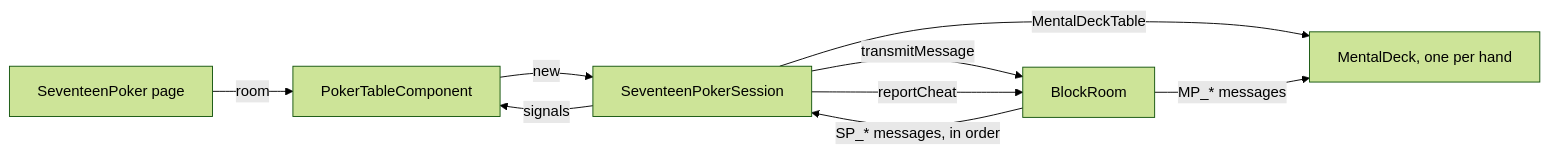
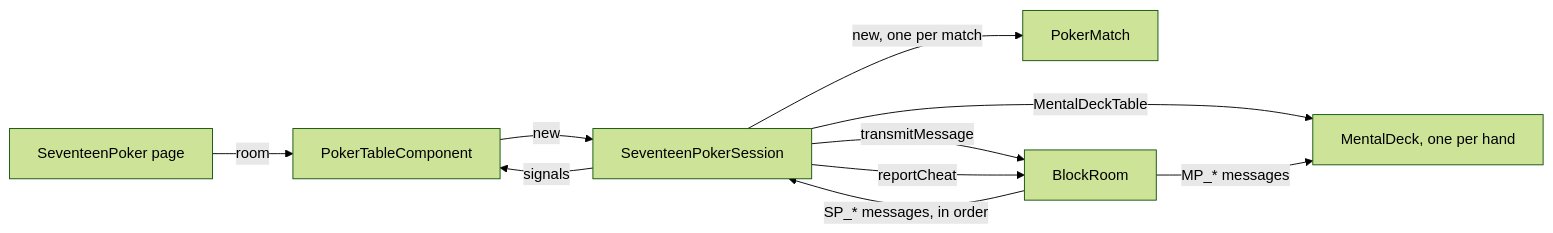
The diagram in documentation/seventeen-poker-session.md (Steins-fr/synchronous-chess), drawn with Mermaid (forest theme) before and after one commit. The commit also changed other lines of this file and 20 other files, not shown here.

First line of the commit message:
feat: play a new match of the poker once one is over, the seats open again

````diff
--- a/documentation/seventeen-poker-session.md
+++ b/documentation/seventeen-poker-session.md
@@ -70,11 +71,12 @@
 ```mermaid
 flowchart LR
     Page[SeventeenPoker page] -- room --> Table[PokerTableComponent]
     Table -- new --> Session[SeventeenPokerSession]
+    Session -- new, one per match --> Match[PokerMatch]
     Session -- MentalDeckTable --> Decks[MentalDeck, one per hand]
     Session -- transmitMessage --> Room[BlockRoom]
     Room -- SP_* messages, in order --> Session
     Room -- MP_* messages --> Decks
     Session -- reportCheat --> Room
     Session -- signals --> Table
 ```
````
